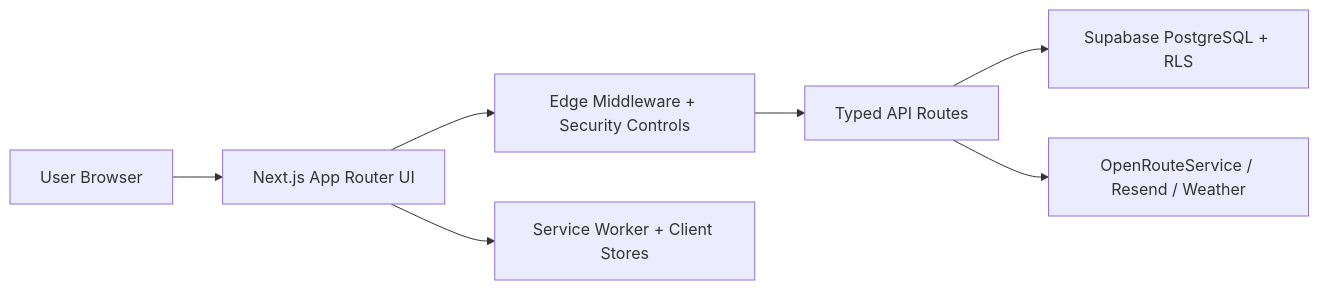
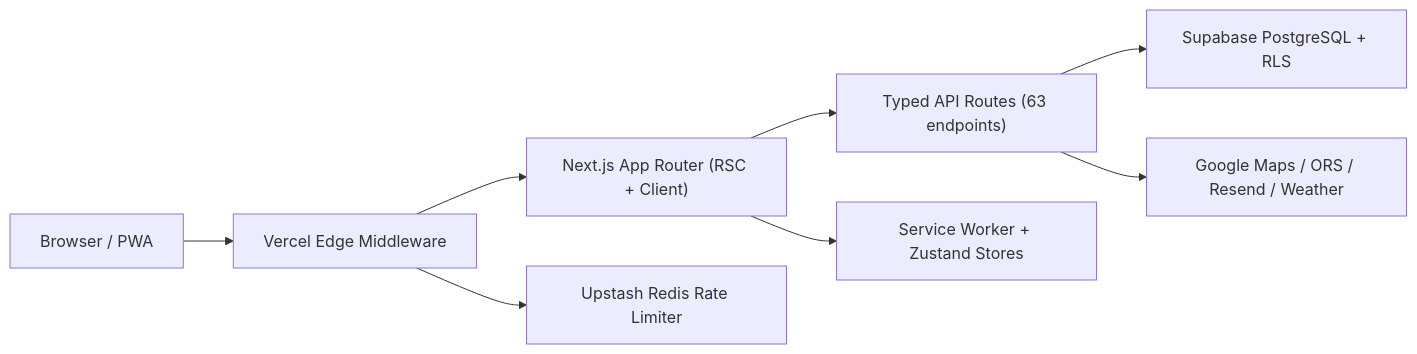
The diagram in docs/presentations/syllabus-sync-industry-deck.md (Raoof128/Syllabus-Sync), drawn with Mermaid before and after one commit. The commit also changed other lines of this file and 29 other files, not shown here.

````diff
--- a/docs/presentations/syllabus-sync-industry-deck.md
+++ b/docs/presentations/syllabus-sync-industry-deck.md
@@ -50,9 +50,10 @@
 ```mermaid
 flowchart LR
-  U["User Browser"] --> FE["Next.js App Router UI"]
-  FE --> MW["Edge Middleware + Security Controls"]
-  MW --> API["Typed API Routes"]
+  U["Browser / PWA"] --> MW["Vercel Edge Middleware"]
+  MW --> FE["Next.js App Router (RSC + Client)"]
+  FE --> API["Typed API Routes (63 endpoints)"]
   API --> DB["Supabase PostgreSQL + RLS"]
-  API --> EXT["OpenRouteService / Resend / Weather"]
-  FE --> SW["Service Worker + Client Stores"]
+  API --> EXT["Google Maps / ORS / Resend / Weather"]
+  FE --> SW["Service Worker + Zustand Stores"]
+  MW --> RL["Upstash Redis Rate Limiter"]
 ```
````
